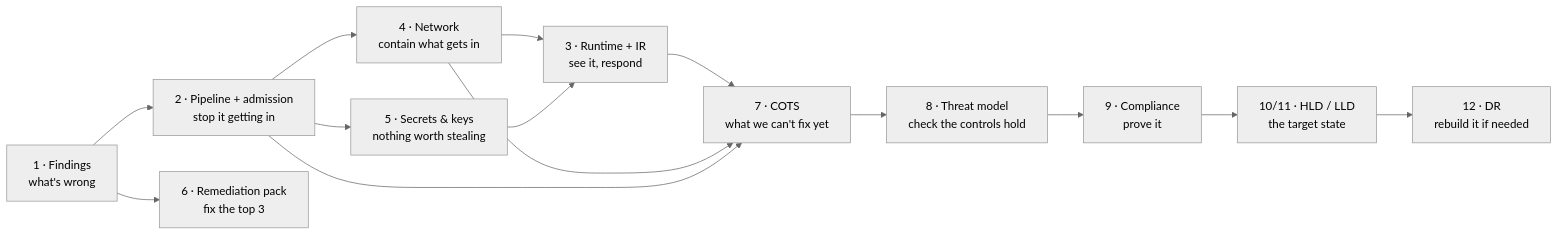
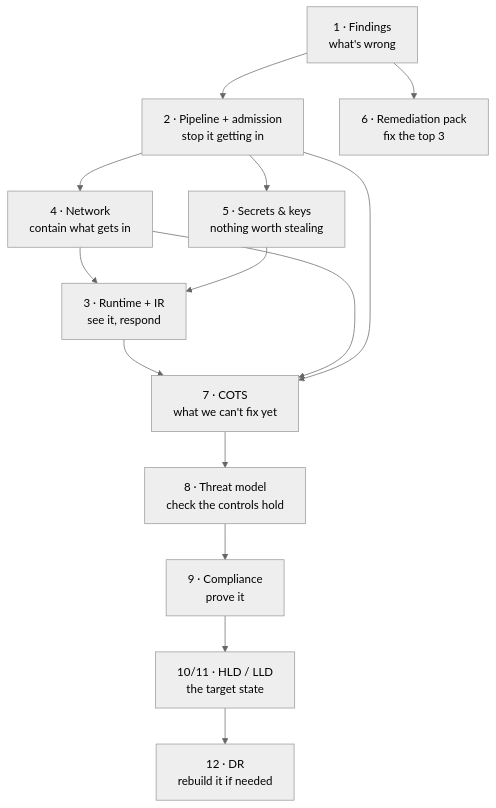
Before and after one commit to adusumillisrikar/k8s-container-security-assessment: the diagram in README.md, drawn with Mermaid (neutral theme). The commit also changed other lines of this file, not shown here.

Commit message:
docs: README 90-day plan, precise safety notes, AI-use wording, readable module diagram

````diff
--- a/README.md
+++ b/README.md
@@ -41,16 +51,16 @@
 ```mermaid
-flowchart LR
+flowchart TB
   F[1 · Findings<br/>what's wrong] --> P[2 · Pipeline + admission<br/>stop it getting in]
   F --> R6[6 · Remediation pack<br/>fix the top 3]
   P --> N[4 · Network<br/>contain what gets in]
   P --> S[5 · Secrets & keys<br/>nothing worth stealing]
   N --> D[3 · Runtime + IR<br/>see it, respond]
   S --> D
   D --> C[7 · COTS<br/>what we can't fix yet]
   N --> C
   P --> C
   C --> T[8 · Threat model<br/>check the controls hold]
   T --> M[9 · Compliance<br/>prove it]
   M --> A[10/11 · HLD / LLD<br/>the target state]
   A --> DR[12 · DR<br/>rebuild it if needed]
 ```
````
